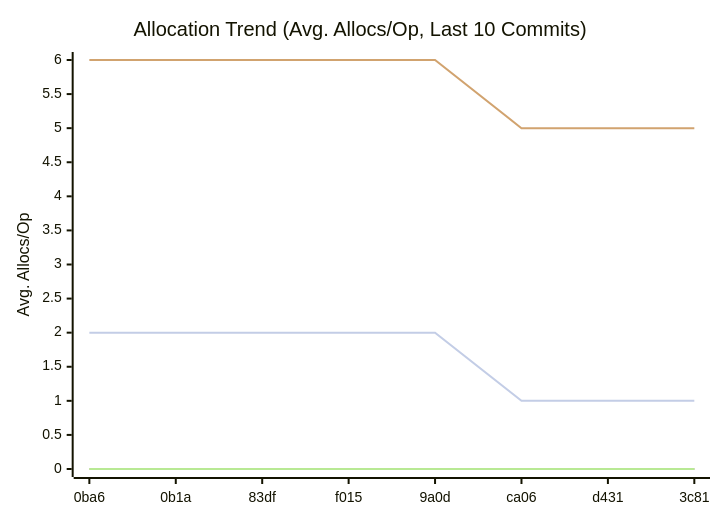
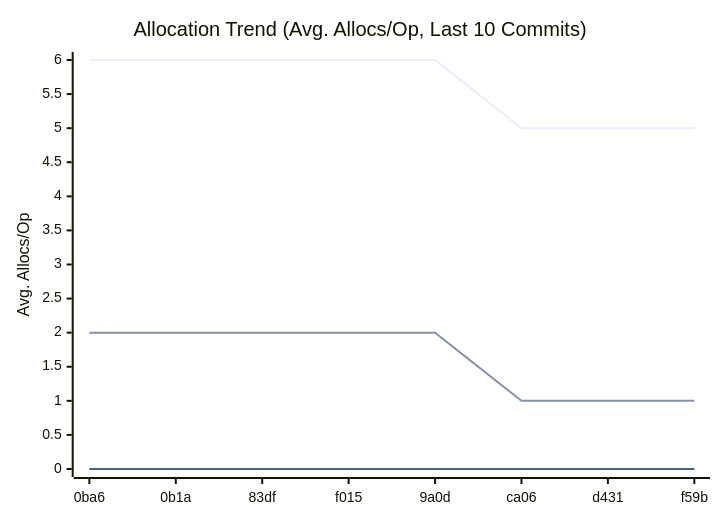
Before and after one commit to alsotoes/momo: the third of 3 diagrams in docs/README.md, drawn with Mermaid. The commit also changed other lines of this file and 3 other files, not shown here.

````diff
--- a/docs/README.md
+++ b/docs/README.md
@@ -218,14 +229,19 @@
 ```mermaid
 xychart-beta
     title "Allocation Trend (Avg. Allocs/Op, Last 10 Commits)"
     x-axis "Commit"
     y-axis "Avg. Allocs/Op"
-    x-axis [0ba6,0b1a,83df,f015,9a0d,ca06,d431,3c81]
+    x-axis [0ba6,0b1a,83df,f015,9a0d,ca06,d431,f59b]
     line "CheckMetricsAndSwap" [0,0,0,0,0,0,0,0,0,0]
+    line "CheckMetricsAndSwap" [0]
     line "IndexDirectTracking" [0,0,0,0,0,0,0,0,0,0]
+    line "IndexDirectTracking" [0]
     line "IndexSearch" [0,0,0,0,0,0,0,0,0,0]
+    line "IndexSearch" [0]
     line "LoadGlobalConfig" [0,0,0,0,0,0,0,0,0,0]
+    line "LoadGlobalConfig" [0]
     line "PadString" [0,0,0,0,0,0,0,0,0,0]
+    line "PadString" [0]
     line "ParseReplicationOrder_NoPrealloc" [6,6,6,6,6,5,5,5,5,5]
     line "ParseReplicationOrder_Prealloc" [2,2,2,2,2,1,1,1,1,1]
 ```
````
